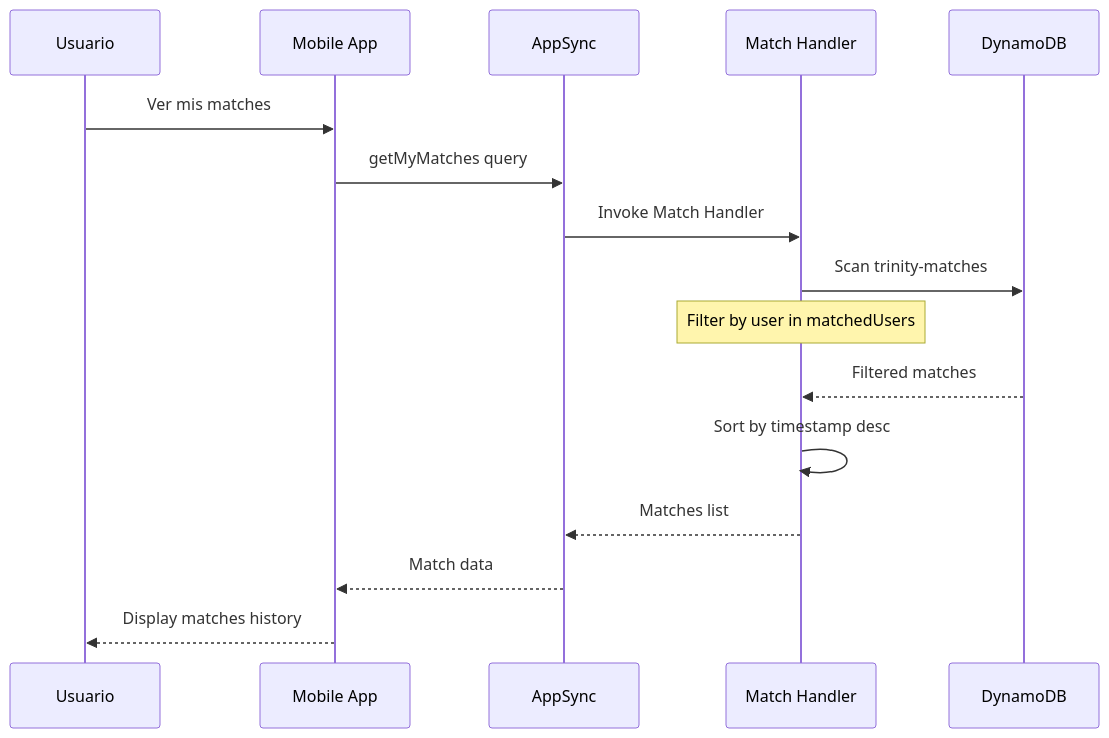
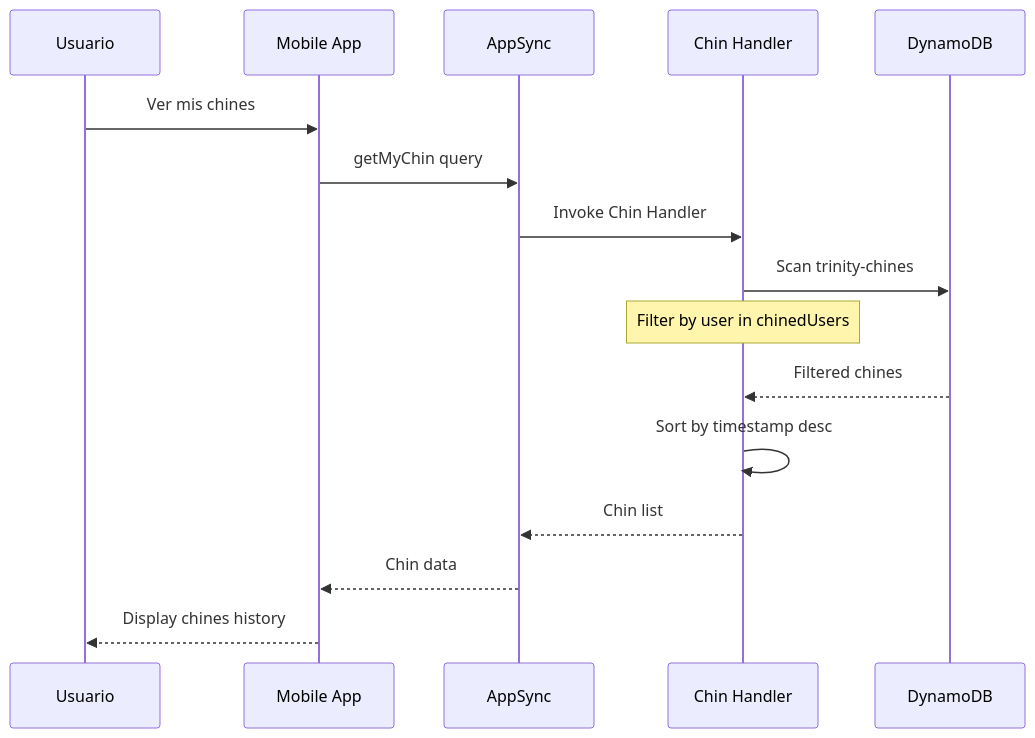
Before and after one commit to ibanezbetes/trinity-movie-voting: the sixth of 6 diagrams in docs/technical/07-application-flows.md, drawn with Mermaid. The commit also changed other lines of this file and 54 other files, not shown here.

````diff
--- a/docs/technical/07-application-flows.md
+++ b/docs/technical/07-application-flows.md
@@ -574,21 +574,21 @@
 ```mermaid
 sequenceDiagram
     participant U as Usuario
     participant M as Mobile App
     participant AS as AppSync
-    participant MH as Match Handler
+    participant MH as Chin Handler
     participant DB as DynamoDB
 
-    U->>M: Ver mis matches
-    M->>AS: getMyMatches query
-    AS->>MH: Invoke Match Handler
+    U->>M: Ver mis chines
+    M->>AS: getMyChin query
+    AS->>MH: Invoke Chin Handler
     
-    MH->>DB: Scan trinity-matches
-    Note over MH: Filter by user in matchedUsers
-    DB-->>MH: Filtered matches
+    MH->>DB: Scan trinity-chines
+    Note over MH: Filter by user in chinedUsers
+    DB-->>MH: Filtered chines
     
     MH->>MH: Sort by timestamp desc
-    MH-->>AS: Matches list
-    AS-->>M: Match data
-    M-->>U: Display matches history
+    MH-->>AS: Chin list
+    AS-->>M: Chin data
+    M-->>U: Display chines history
 ```
````
